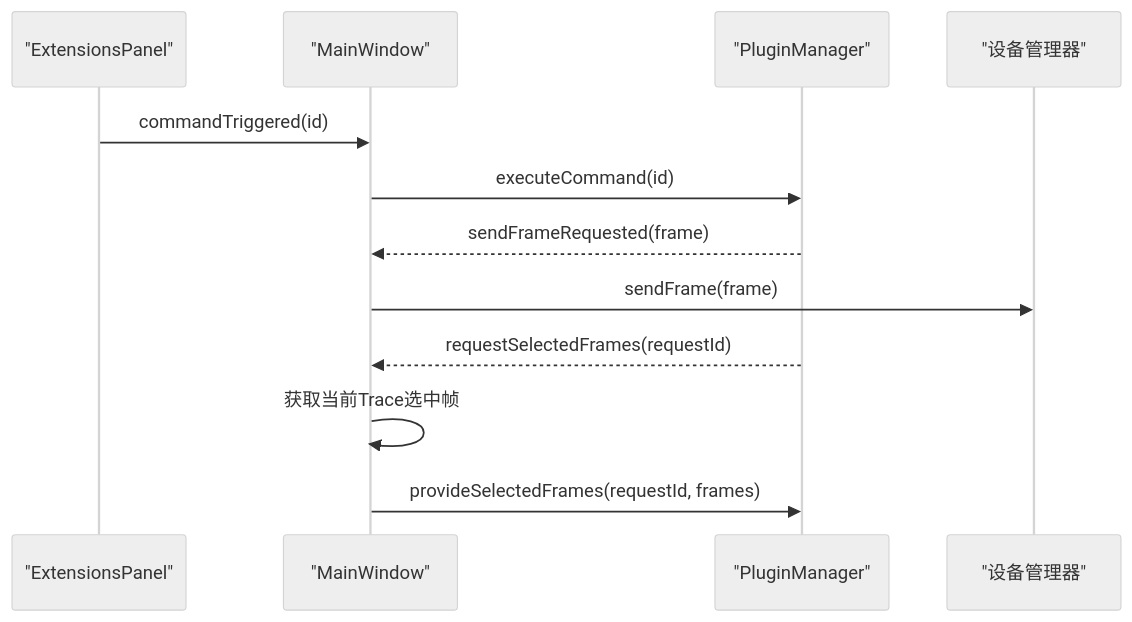
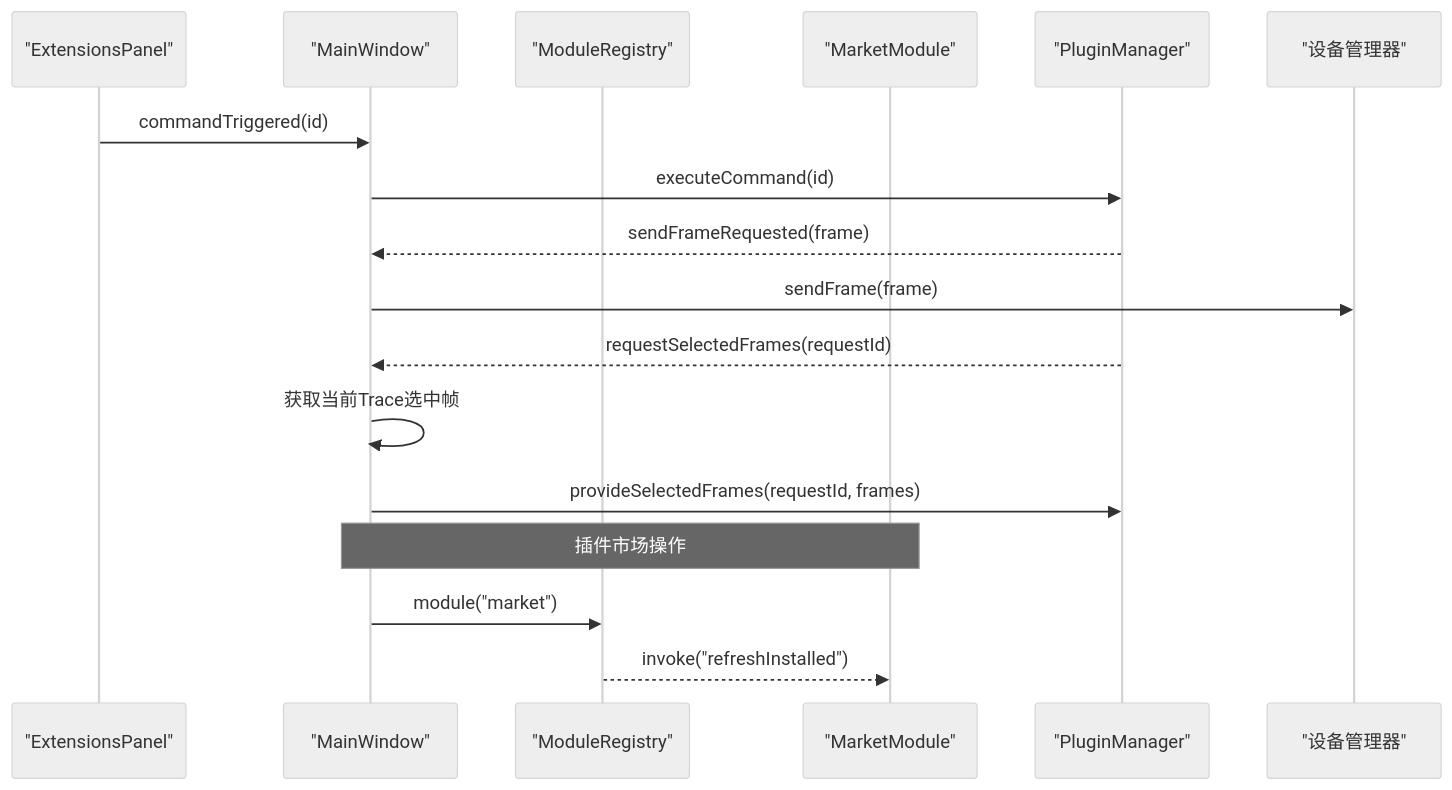
The seventh of 8 diagrams in .qoder/repowiki/zh/content/架构设计/主窗口组件架构.md (jakecai1225-design/OpenBus), drawn with Mermaid (neutral theme) before and after one commit. The commit also changed other lines of this file and 177 other files, not shown here.

````diff
--- a/.qoder/repowiki/zh/content/架构设计/主窗口组件架构.md
+++ b/.qoder/repowiki/zh/content/架构设计/主窗口组件架构.md
@@ -252,14 +338,19 @@
 ```mermaid
 sequenceDiagram
 participant Ext as "ExtensionsPanel"
 participant MW as "MainWindow"
+participant MR as "ModuleRegistry"
+participant MM as "MarketModule"
 participant Plug as "PluginManager"
 participant Dev as "设备管理器"
 Ext->>MW : commandTriggered(id)
 MW->>Plug : executeCommand(id)
 Plug-->>MW : sendFrameRequested(frame)
 MW->>Dev : sendFrame(frame)
 Plug-->>MW : requestSelectedFrames(requestId)
 MW->>MW : 获取当前Trace选中帧
 MW->>Plug : provideSelectedFrames(requestId, frames)
+Note over MW,MM : 插件市场操作
+MW->>MR : module("market")
+MR-->>MM : invoke("refreshInstalled")
 ```
````
